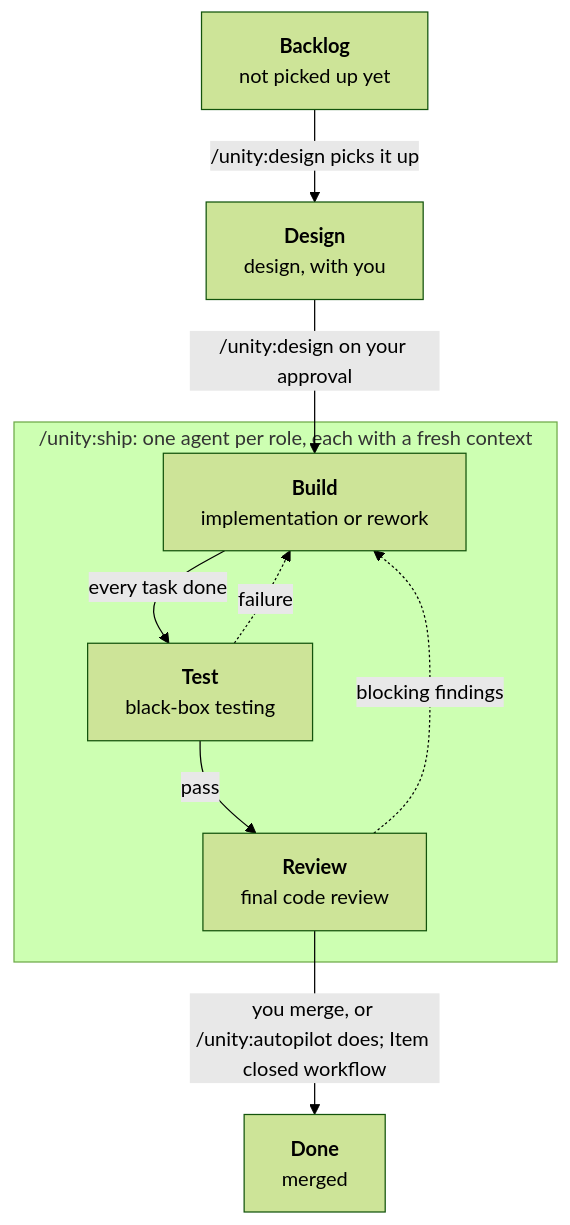
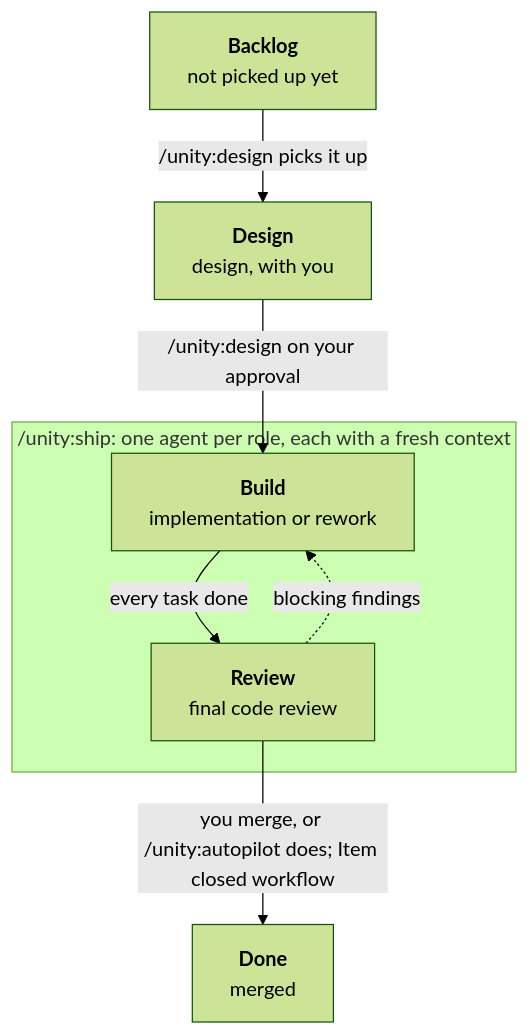
One commit to vanesterik/unity changed the diagram in README.md. Above: the diagram before and after it, drawn with Mermaid (forest theme). The commit also changed other lines of this file and 14 other files, not shown here.

First line of the commit message:
Describe design, build, review and a manual /unity:test, version 0.16.0

````diff
--- a/README.md
+++ b/README.md
@@ -121,20 +127,17 @@
 ```mermaid
 flowchart TB
     Backlog["<b>Backlog</b><br/>not picked up yet"]
     Design["<b>Design</b><br/>design, with you"]
     Done["<b>Done</b><br/>merged"]
 
     subgraph ship ["/unity:ship: one agent per role, each with a fresh context"]
         Build["<b>Build</b><br/>implementation or rework"]
-        Test["<b>Test</b><br/>black-box testing"]
         Review["<b>Review</b><br/>final code review"]
     end
 
     Backlog -->|"/unity:design picks it up"| Design
     Design -->|"/unity:design on your approval"| Build
-    Build -->|"every task done"| Test
-    Test -->|"pass"| Review
-    Test -.->|"failure"| Build
+    Build -->|"every task done"| Review
     Review -.->|"blocking findings"| Build
     Review -->|"you merge, or /unity:autopilot does; Item closed workflow"| Done
 ```
````
